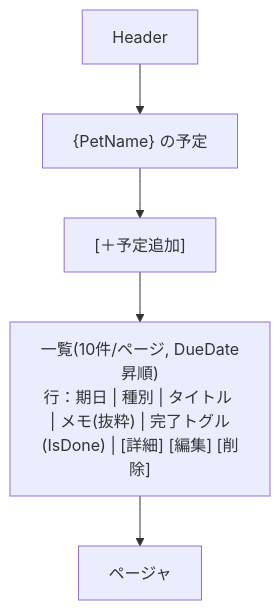
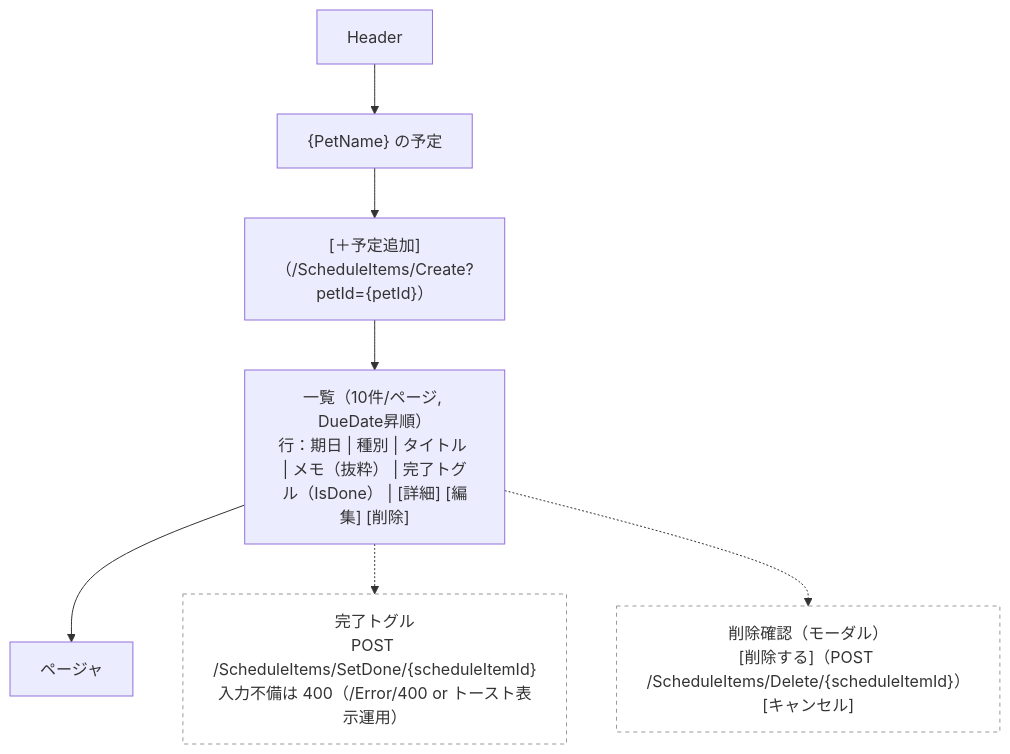
Diagram 15 of 23 in docs/ui-wireframe.md (Cat5Dog2/PetHealthManagement), drawn with Mermaid before and after one commit. The commit also changed other lines of this file, not shown here.

````diff
--- a/docs/ui-wireframe.md
+++ b/docs/ui-wireframe.md
@@ -129,10 +240,16 @@
 ```mermaid
 flowchart TB
   Header["Header"]
   Title["{PetName} の予定"]
-  Actions["[＋予定追加]"]
-  List["一覧(10件/ページ, DueDate昇順)<br/>行：期日 | 種別 | タイトル | メモ(抜粋) | 完了トグル(IsDone) | [詳細] [編集] [削除]"]
+  Actions["[＋予定追加]（/ScheduleItems/Create?petId={petId}）"]
+  List["一覧（10件/ページ, DueDate昇順）<br/>行：期日 | 種別 | タイトル | メモ（抜粋） | 完了トグル（IsDone） | [詳細] [編集] [削除]"]
   Pager["ページャ"]
+  ToggleNote["完了トグル<br/>POST /ScheduleItems/SetDone/{scheduleItemId}<br/>入力不備は 400（/Error/400 or トースト表示運用）"]:::note
+  DeleteConfirm["削除確認（モーダル）<br/>[削除する]（POST /ScheduleItems/Delete/{scheduleItemId}）<br/>[キャンセル]"]:::note
 
   Header --> Title --> Actions --> List --> Pager
+  List -.-> ToggleNote
+  List -.-> DeleteConfirm
+
+  classDef note fill:#fff,stroke:#999,stroke-dasharray: 4 4,color:#333;
 ```
````
